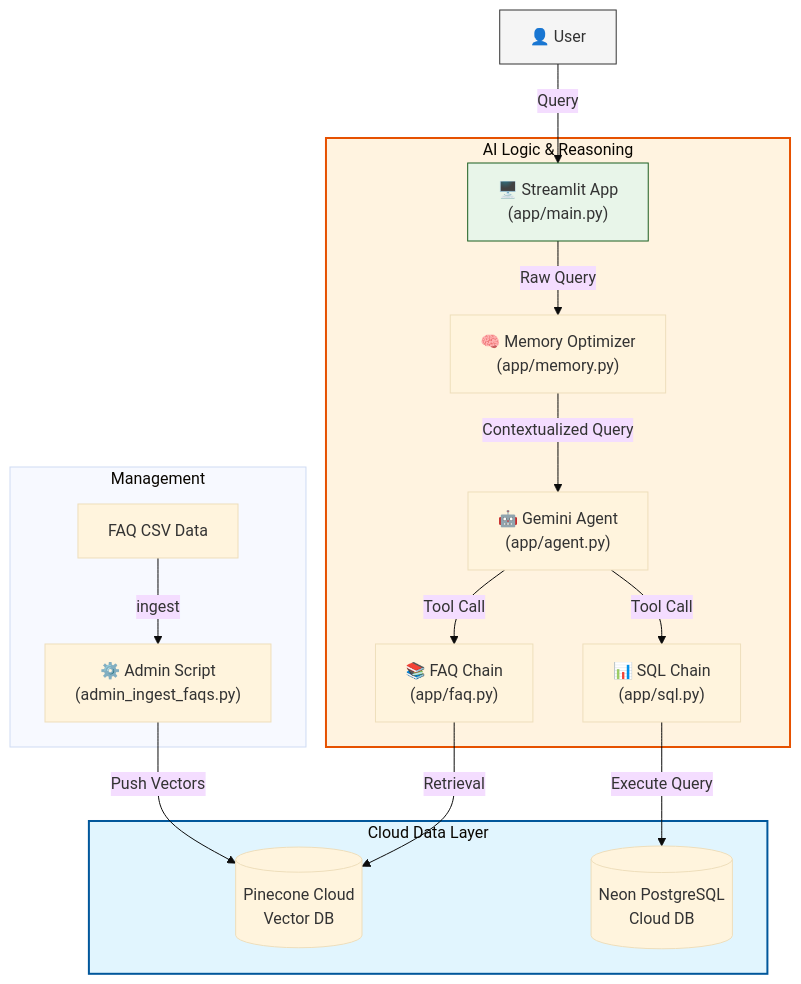
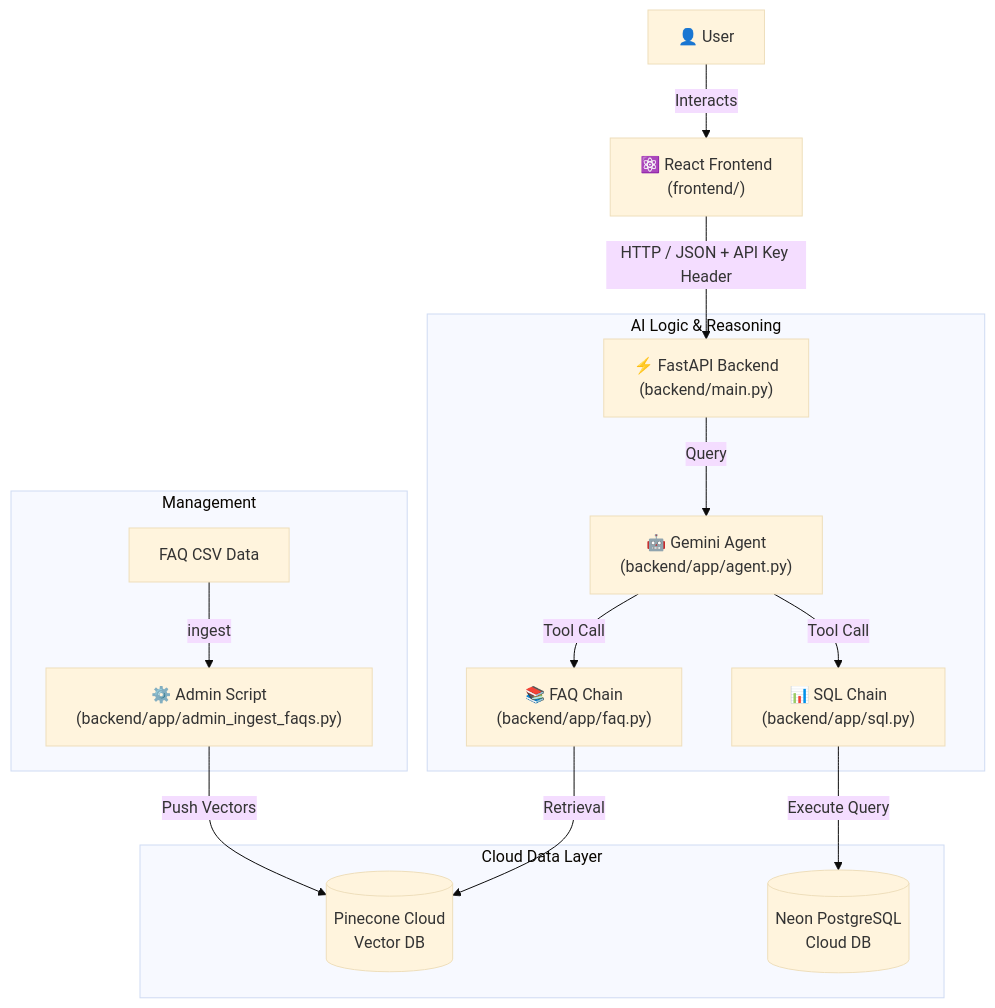
One commit to VIVPM/ecommerce-agent changed the diagram in README.md. Above: the diagram before and after it, drawn with Mermaid (base theme). The commit also changed other lines of this file, not shown here.

Commit message:
docs: update README for frontend setup

````diff
--- a/README.md
+++ b/README.md
@@ -21,32 +22,28 @@
 ```mermaid
 graph TD
-    %% User Layer
-    User[👤 User] -->|Query| UI["🖥️ Streamlit App<br>(app/main.py)"]
+    %% Frontend
+    User[👤 User] -->|Interacts| React["⚛️ React Frontend<br>(frontend/)"]
+    
+    %% API Layer
+    React -->|HTTP / JSON + API Key Header| FastAPI["⚡ FastAPI Backend<br>(backend/main.py)"]
     
     %% Logic Layer
-    subgraph Logic_Flow [AI Logic & Reasoning]
-        UI -->|Raw Query| Memory["🧠 Memory Optimizer<br>(app/memory.py)"]
-        Memory -->|Contextualized Query| Agent["🤖 Gemini Agent<br>(app/agent.py)"]
+    subgraph Backend_Logic [AI Logic & Reasoning]
+        FastAPI -->|Query| Agent["🤖 Gemini Agent<br>(backend/app/agent.py)"]
         
-        Agent -->|Tool Call| FAQ["📚 FAQ Chain<br>(app/faq.py)"]
-        Agent -->|Tool Call| SQL["📊 SQL Chain<br>(app/sql.py)"]
+        Agent -->|Tool Call| FAQ["📚 FAQ Chain<br>(backend/app/faq.py)"]
+        Agent -->|Tool Call| SQL["📊 SQL Chain<br>(backend/app/sql.py)"]
     end
 
     %% Data Layer
     subgraph Cloud_Storage [Cloud Data Layer]
         FAQ -->|Retrieval| Pinecone[(Pinecone Cloud<br>Vector DB)]
         SQL -->|Execute Query| Neon[(Neon PostgreSQL<br>Cloud DB)]
     end
 
     %% Admin Flow
     subgraph Admin_Tools [Management]
-        CSV[FAQ CSV Data] -->|ingest| AdminScript["⚙️ Admin Script<br>(admin_ingest_faqs.py)"]
+        CSV[FAQ CSV Data] -->|ingest| AdminScript["⚙️ Admin Script<br>(backend/app/admin_ingest_faqs.py)"]
         AdminScript -->|Push Vectors| Pinecone
     end
-
-    %% Styling
-    style Logic_Flow fill:#fff3e0,stroke:#e65100,stroke-width:2px
-    style Cloud_Storage fill:#e1f5fe,stroke:#01579b,stroke-width:2px
-    style User fill:#f5f5f5,stroke:#333
-    style UI fill:#e8f5e9,stroke:#1b5e20
 ```
````
